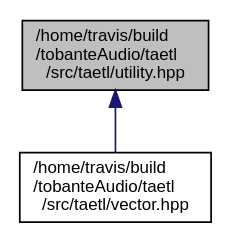
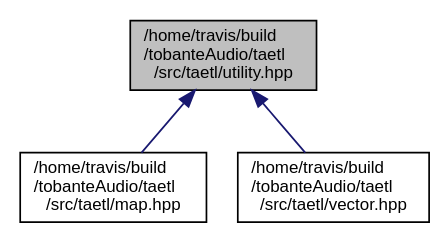
The diagram in utility_8hpp__dep__incl.dot (tobanteAudio/taetl), drawn with Graphviz before and after one commit. The commit also changed 142 other files, not shown here.

Commit message:
Deploy tobanteAudio/taetl to github.com/tobanteAudio/taetl.git:gh-pages

```diff
--- a/utility_8hpp__dep__incl.dot
+++ b/utility_8hpp__dep__incl.dot
@@ -1,8 +1,10 @@
 digraph "/home/travis/build/tobanteAudio/taetl/src/taetl/utility.hpp"
 {
   edge [fontname="Helvetica",fontsize="10",labelfontname="Helvetica",labelfontsize="10"];
   node [fontname="Helvetica",fontsize="10",shape=record];
   Node9 [label="/home/travis/build\l/tobanteAudio/taetl\l/src/taetl/utility.hpp",height=0.2,width=0.4,color="black", fillcolor="grey75", style="filled", fontcolor="black"];
   Node9 -> Node10 [dir="back",color="midnightblue",fontsize="10",style="solid",fontname="Helvetica"];
-  Node10 [label="/home/travis/build\l/tobanteAudio/taetl\l/src/taetl/vector.hpp",height=0.2,width=0.4,color="black", fillcolor="white", style="filled",URL="$vector_8hpp.html"];
+  Node10 [label="/home/travis/build\l/tobanteAudio/taetl\l/src/taetl/map.hpp",height=0.2,width=0.4,color="black", fillcolor="white", style="filled",URL="$map_8hpp.html"];
+  Node9 -> Node11 [dir="back",color="midnightblue",fontsize="10",style="solid",fontname="Helvetica"];
+  Node11 [label="/home/travis/build\l/tobanteAudio/taetl\l/src/taetl/vector.hpp",height=0.2,width=0.4,color="black", fillcolor="white", style="filled",URL="$vector_8hpp.html"];
 }
```
